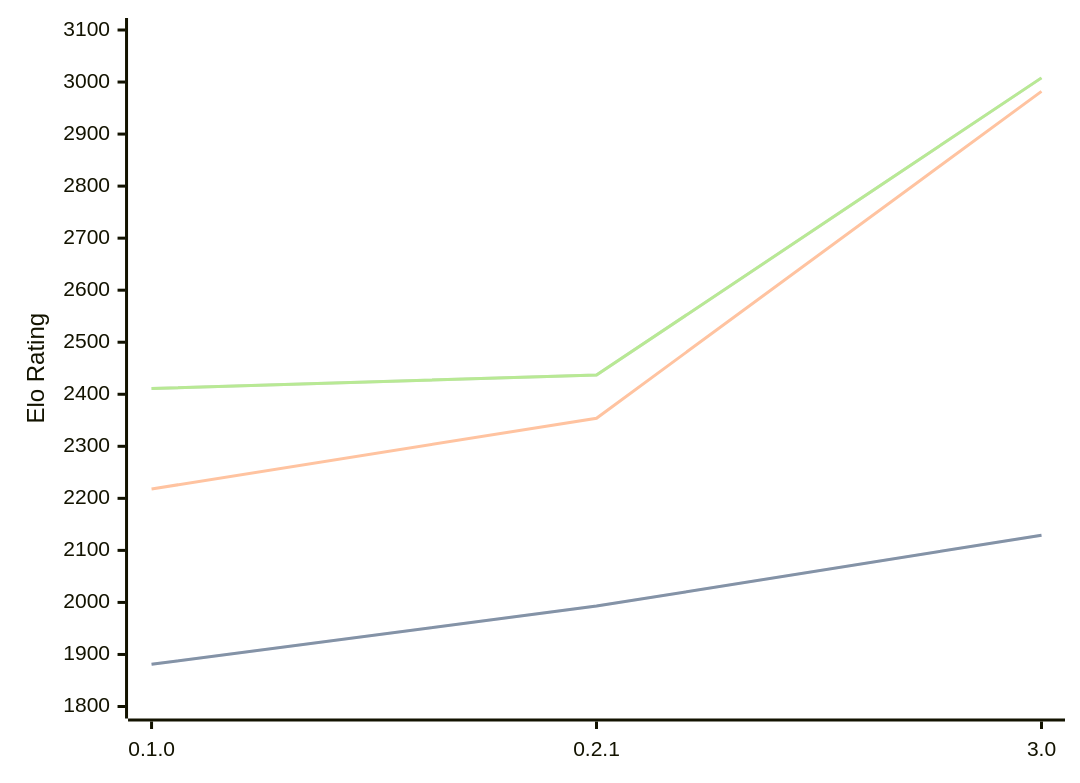
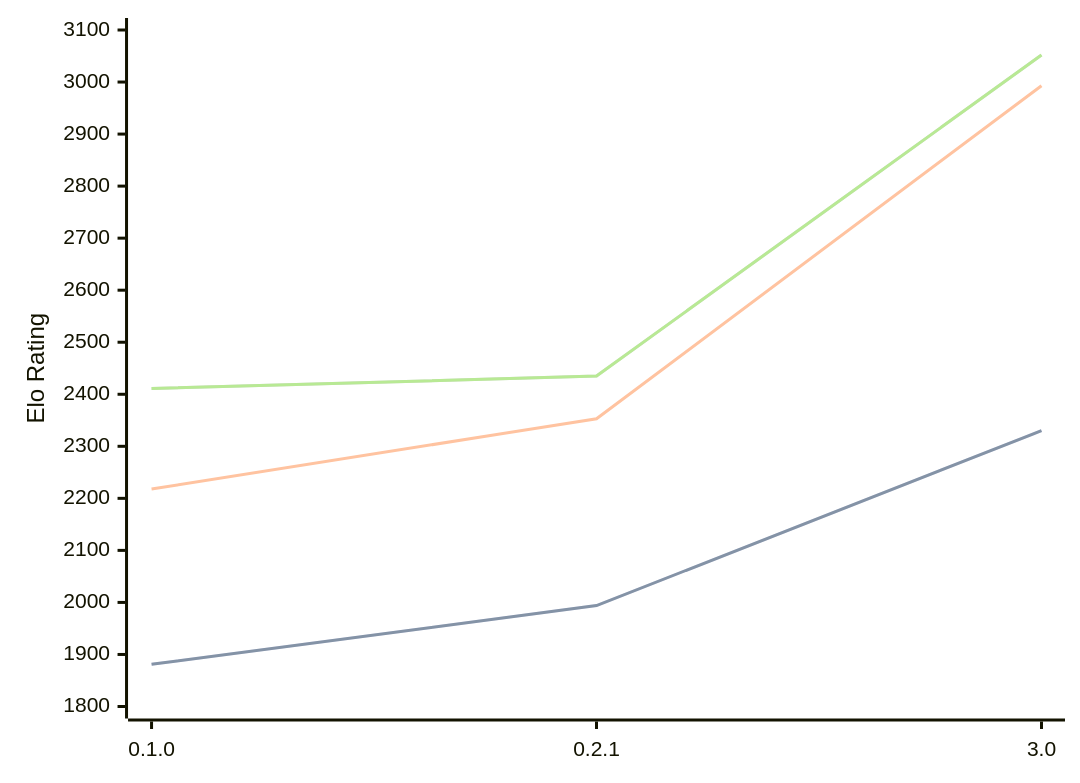
The third of 3 diagrams in engines/Sykora.md (computer-chess-index/cci), drawn with Mermaid before and after one commit. The commit also changed other lines of this file, not shown here.

Commit message:
Update CCI Ratings (ELO VLTC) - 2026-07-15

````diff
--- a/engines/Sykora.md
+++ b/engines/Sykora.md
@@ -67,11 +68,11 @@
 ```mermaid
 %%{init: {"theme":"base","themeVariables":{"seriesColors:['#a3a3a3','#222221','#faa371']}}}%%
 xychart-beta
   x-axis ["0.1.0", "0.2.1", "3.0"]
   y-axis "Elo Rating" 1800 --> 3100
-  line "STC (8.0+0.08s)" [1881, 1993, 2129]
-  line "STC (8.0+0.08s)" [1881, 1993, 2129]
-  line "LTC (60.0+0.60s)" [2218, 2354, 2982]
-  line "VLTC (2m24s+1.12s)" [2411, 2437, 3008]
-  line "VLTC (2m24s+1.12s)" [2411, 2437, 3008]
+  line "STC (8.0+0.08s)" [1881, 1994, 2330]
+  line "STC (8.0+0.08s)" [1881, 1994, 2330]
+  line "LTC (60.0+0.60s)" [2218, 2353, 2993]
+  line "VLTC (2m24s+1.12s)" [2411, 2435, 3052]
+  line "VLTC (2m24s+1.12s)" [2411, 2435, 3052]
 ```
````
